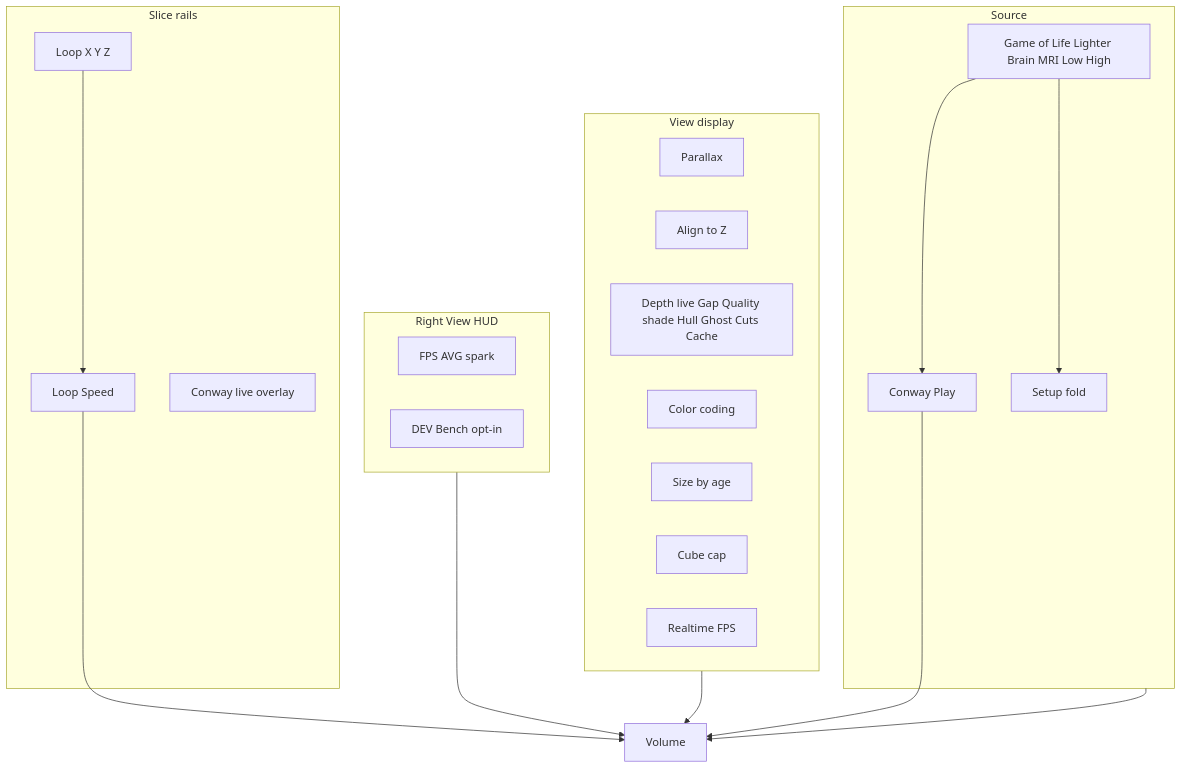
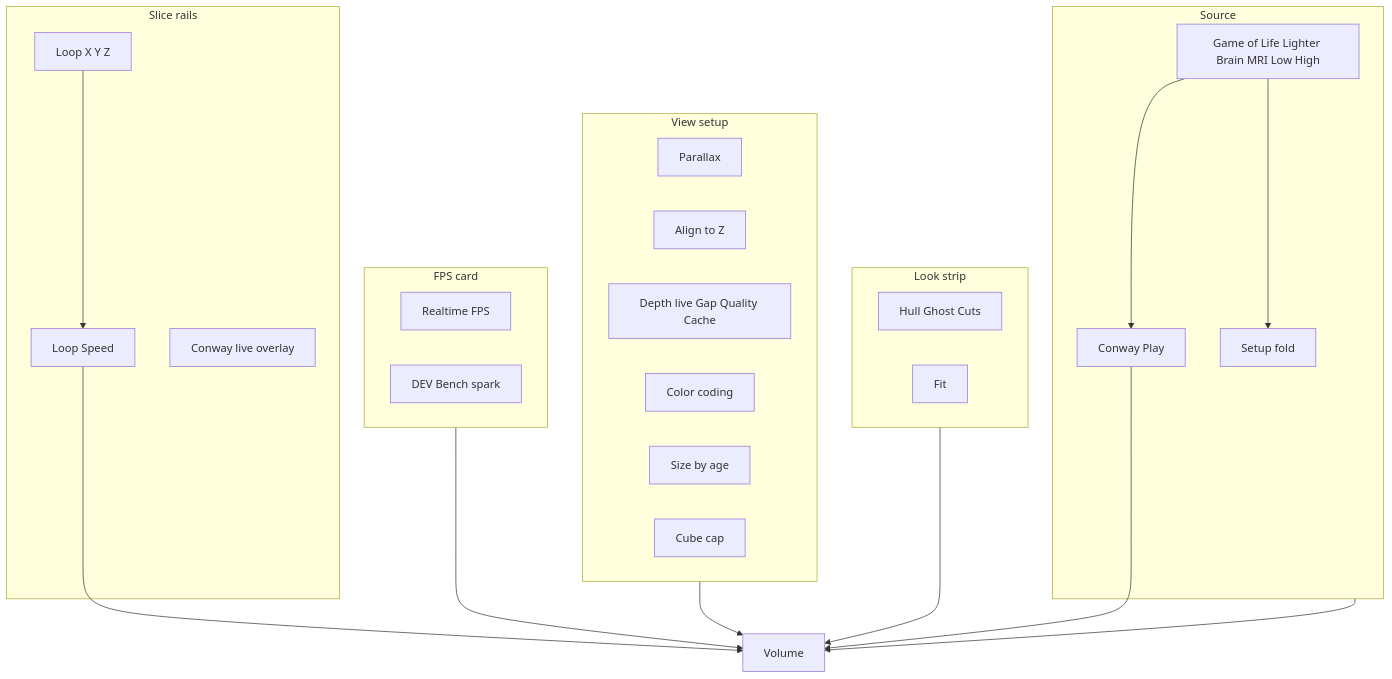
Before and after one commit to PiMaV/DONNER: the sixth of 36 diagrams in architecture.md, drawn with Mermaid. The commit also changed other lines of this file and 11 other files, not shown here.

Commit message:
Split Look shortcuts and FPS telemetry off the View rail so shade, Fit, and the bench card stay usable while changing settings.

````diff
--- a/architecture.md
+++ b/architecture.md
@@ -170,34 +170,38 @@
 ```mermaid
 flowchart TB
-  subgraph view [View display]
+  subgraph look [Look strip]
+    shade[Hull Ghost Cuts]
+    fitBtn[Fit]
+  end
+  subgraph view [View setup]
     bird[Parallax]
     align[Align to Z]
-    win[Depth live Gap Quality shade Hull Ghost Cuts Cache]
+    win[Depth live Gap Quality Cache]
     color[Color coding]
     stab[Size by age]
     cap[Cube cap]
+  end
+  subgraph hud [FPS card]
     fps[Realtime FPS]
-  end
-  subgraph hud [Right View HUD]
-    telemetry[FPS AVG spark]
-    bench[DEV Bench opt-in]
+    bench[DEV Bench spark]
   end
   subgraph source [Source]
     kind[Game of Life Lighter Brain MRI Low High]
     golPlay[Conway Play]
     setup[Setup fold]
   end
   subgraph rails [Slice rails]
     play[Loop Speed]
     axes[Loop X Y Z]
     gen[Conway live overlay]
   end
   view --> volume[Volume]
+  look --> volume
   hud --> volume
   play --> volume
   golPlay --> volume
   source --> volume
   kind --> golPlay
   kind --> setup
   axes --> play
 ```
````
